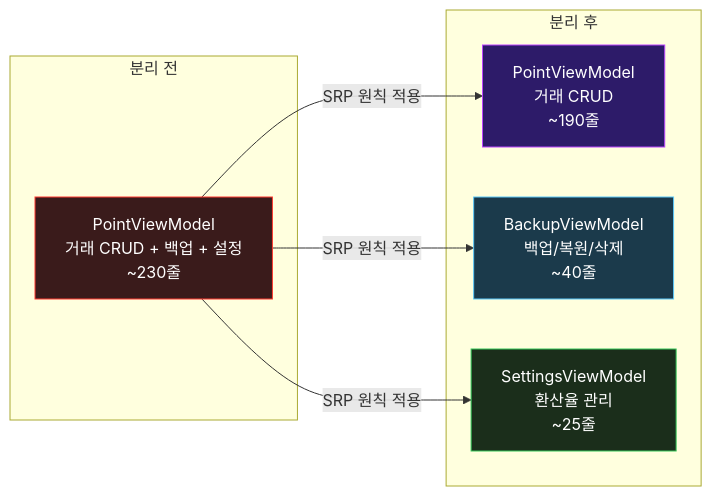
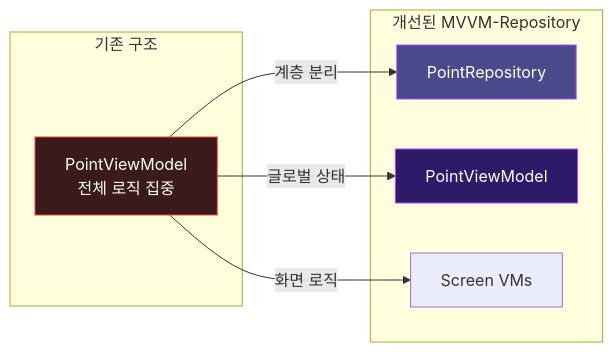
Before and after one commit to goodsw4all/wawapoint_flutter: diagram 18 of 18 in docs/ARCHITECTURE.md, drawn with Mermaid. The commit also changed other lines of this file and 8 other files, not shown here.

Commit message:
feat: Introduce dedicated view models and a point repository to enhance application architecture and state management.

````diff
--- a/docs/ARCHITECTURE.md
+++ b/docs/ARCHITECTURE.md
@@ -1134,21 +1104,20 @@
 ```mermaid
 graph LR
-    subgraph "분리 전"
-        OLD[PointViewModel<br/>거래 CRUD + 백업 + 설정<br/>~230줄]
+    subgraph "기존 구조"
+        OLD[PointViewModel<br/>전체 로직 집중]
     end
 
-    subgraph "분리 후"
-        PVM2["PointViewModel<br/>거래 CRUD<br/>~190줄"]
-        BVM2["BackupViewModel<br/>백업/복원/삭제<br/>~40줄"]
-        SVM2["SettingsViewModel<br/>환산율 관리<br/>~25줄"]
+    subgraph "개선된 MVVM-Repository"
+        REPO[PointRepository]
+        PVM2[PointViewModel]
+        SVMX[Screen VMs]
     end
 
-    OLD -->|"SRP 원칙 적용"| PVM2
-    OLD -->|"SRP 원칙 적용"| BVM2
-    OLD -->|"SRP 원칙 적용"| SVM2
+    OLD -->|"계층 분리"| REPO
+    OLD -->|"글로벌 상태"| PVM2
+    OLD -->|"화면 로직"| SVMX
 
     style OLD fill:#3a1b1b,stroke:#FF3B30,color:#fff
+    style REPO fill:#4a4a8a,stroke:#BB44FF,color:#fff
     style PVM2 fill:#2d1b69,stroke:#BB44FF,color:#fff
-    style BVM2 fill:#1b3a4b,stroke:#5AC8FA,color:#fff
-    style SVM2 fill:#1b2e1b,stroke:#34C759,color:#fff
 ```
````
